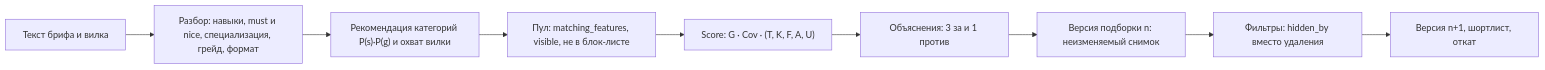
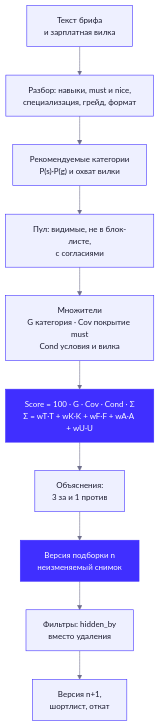
Before and after one commit to lpogosu/lct-msk: the diagram in docs/MATCHING.md, drawn with Mermaid. The commit also changed other lines of this file and 49 other files, not shown here.

First line of the commit message:
Документация для жюри: карта по обязательному перечню, README-витрина, 26 схем Mermaid в едином стиле, API по OpenAPI (219 эндпоинтов), библиотеки по lock-файлам, сборка PDF (make docs-pdf)

````diff
--- a/docs/MATCHING.md
+++ b/docs/MATCHING.md
@@ -24,11 +24,16 @@
 ```mermaid
-flowchart LR
-  T["Текст брифа и вилка"] --> P["Разбор: навыки, must и nice, специализация, грейд, формат"]
-  P --> C["Рекомендация категорий P(s)·P(g) и охват вилки"]
-  C --> S["Пул: matching_features, visible, не в блок-листе"]
-  S --> SC["Score: G · Cov · (T, K, F, A, U)"]
-  SC --> EX["Объяснения: 3 за и 1 против"]
-  EX --> V["Версия подборки n: неизменяемый снимок"]
-  V --> F["Фильтры: hidden_by вместо удаления"]
-  F --> V2["Версия n+1, шортлист, откат"]
+%%{init: {'theme':'base','themeVariables':{'primaryColor':'#EEF0FF','primaryBorderColor':'#402FFF','primaryTextColor':'#1B1B2F','lineColor':'#6F6F8C','secondaryColor':'#F4F4F8','tertiaryColor':'#FFFFFF','textColor':'#6F6F8C','edgeLabelBackground':'#F4F4F8','clusterBkg':'#F8F8FC','clusterBorder':'#B8B8D0','noteBkgColor':'#F4F4F8','noteTextColor':'#1B1B2F','noteBorderColor':'#9A9AB0','actorBkg':'#EEF0FF','actorBorder':'#402FFF','actorTextColor':'#1B1B2F','actorLineColor':'#9A9AB0','signalColor':'#6F6F8C','signalTextColor':'#6F6F8C','labelBoxBkgColor':'#EEF0FF','labelBoxBorderColor':'#402FFF','labelTextColor':'#1B1B2F','loopTextColor':'#6F6F8C','activationBkgColor':'#DCDFFF','activationBorderColor':'#402FFF','fontSize':'14px'}}}%%
+flowchart TB
+  t["Текст брифа<br/>и зарплатная вилка"] --> p["Разбор: навыки, must и nice,<br/>специализация, грейд, формат"]
+  p --> c["Рекомендуемые категории<br/>P(s)·P(g) и охват вилки"]
+  c --> pool["Пул: видимые, не в блок-листе,<br/>с согласиями"]
+  pool --> mul["Множители<br/>G категория · Cov покрытие must<br/>Cond условия и вилка"]
+  mul --> sc["Score = 100 · G · Cov · Cond · Σ<br/>Σ = wT·T + wK·K + wF·F + wA·A + wU·U"]:::acc
+  sc --> ex["Объяснения:<br/>3 за и 1 против"]
+  ex --> v["Версия подборки n<br/>неизменяемый снимок"]:::acc
+  v --> f["Фильтры: hidden_by<br/>вместо удаления"]
+  f --> v2["Версия n+1,<br/>шортлист, откат"]
+  classDef acc fill:#402FFF,stroke:#402FFF,color:#FFFFFF;
+  classDef ext fill:#F4F4F8,stroke:#9A9AB0,color:#1B1B2F,stroke-dasharray:4 3;
+  classDef db fill:#FFFFFF,stroke:#402FFF,color:#1B1B2F;
 ```
````
